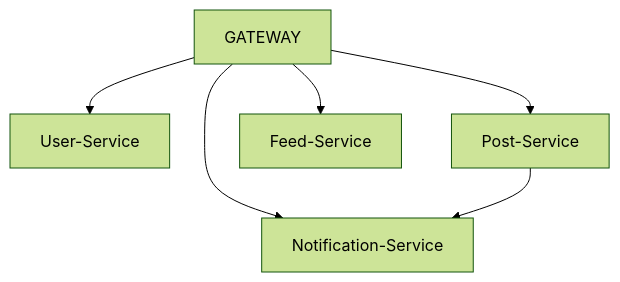
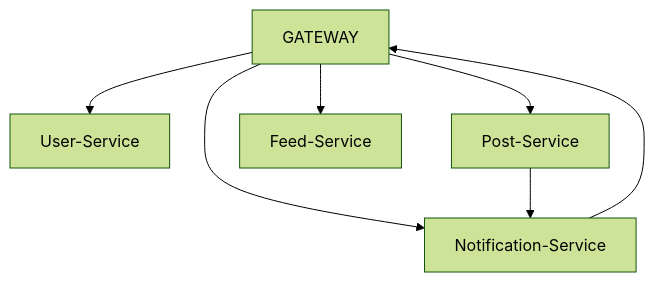
One commit to evans-p/momento changed the diagram in README.md. Above: the diagram before and after it, drawn with Mermaid (forest theme).

Commit message:
fix(Docs): Updated topology diagram.

````diff
--- a/README.md
+++ b/README.md
@@ -153,9 +153,10 @@
 ```mermaid
 graph TD;
     GATEWAY --> User-Service;
     GATEWAY --> Post-Service;
     GATEWAY --> Feed-Service;
     GATEWAY --> Notification-Service;
     Post-Service --> Notification-Service;
+  Notification-Service --> GATEWAY;
     
 ```
````
